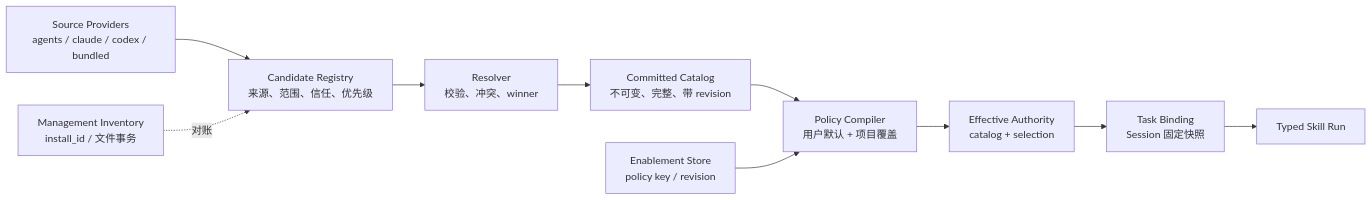
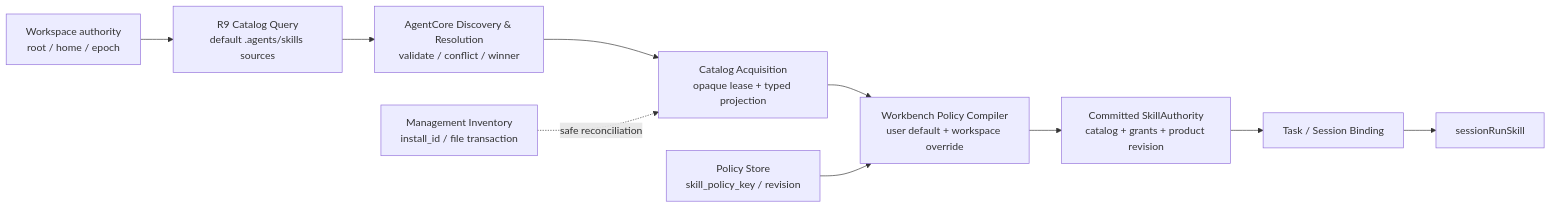
The diagram in docs/skill-system-architecture-plan.md (metask-ai/metawork), drawn with Mermaid before and after one commit. The commit also changed other lines of this file, not shown here.

Commit message:
docs(skill): finalize R9 skill architecture plan

````diff
--- a/docs/skill-system-architecture-plan.md
+++ b/docs/skill-system-architecture-plan.md
@@ -67,13 +101,13 @@
 ```mermaid
 flowchart LR
-    A["Source Providers<br/>agents / claude / codex / bundled"] --> B["Candidate Registry<br/>来源、范围、信任、优先级"]
-    B --> C["Resolver<br/>校验、冲突、winner"]
-    C --> D["Committed Catalog<br/>不可变、完整、带 revision"]
-    D --> E["Policy Compiler<br/>用户默认 + 项目覆盖"]
-    E --> F["Effective Authority<br/>catalog + selection"]
-    F --> G["Task Binding<br/>Session 固定快照"]
-    G --> H["Typed Skill Run"]
+    A["Workspace authority<br/>root / home / epoch"] --> B["R9 Catalog Query<br/>default .agents/skills sources"]
+    B --> C["AgentCore Discovery & Resolution<br/>validate / conflict / winner"]
+    C --> D["Catalog Acquisition<br/>opaque lease + typed projection"]
+    D --> E["Workbench Policy Compiler<br/>user default + workspace override"]
+    E --> F["Committed SkillAuthority<br/>catalog + grants + product revision"]
+    F --> G["Task / Session Binding"]
+    G --> H["sessionRunSkill"]
 
-    I["Management Inventory<br/>install_id / 文件事务"] -.对账.-> B
-    J["Enablement Store<br/>policy key / revision"] --> E
+    I["Management Inventory<br/>install_id / file transaction"] -. "safe reconciliation" .-> D
+    J["Policy Store<br/>skill_policy_key / revision"] --> E
 ```
````
